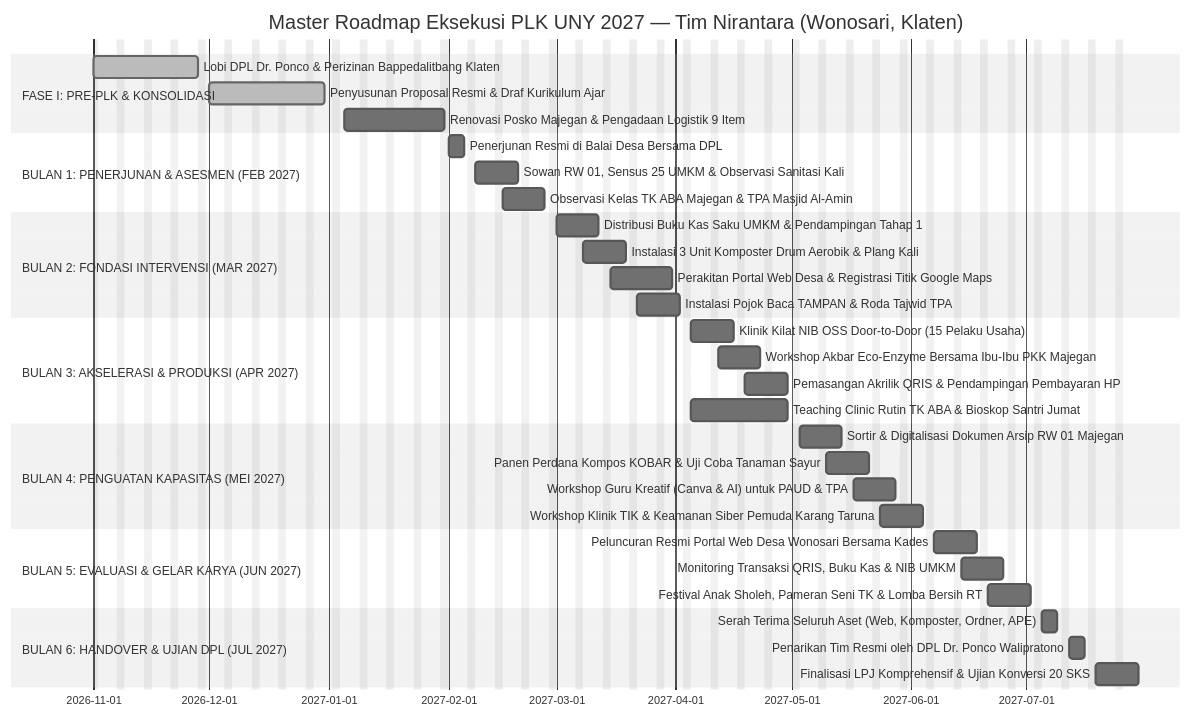
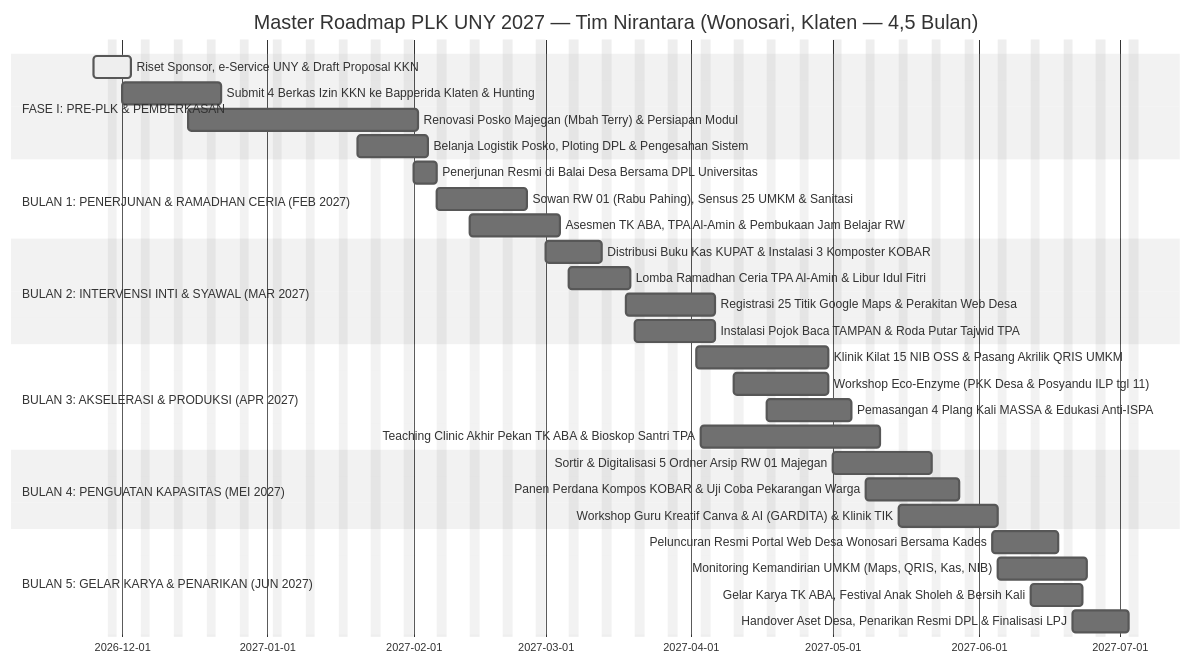
The diagram in Tim PLK/03 - Fase PLK/Matriks Analisis Ilmiah & Integrasi Proker.md (anothersunrisee/uny-plk), drawn with Mermaid (neutral theme) before and after one commit. The commit also changed other lines of this file and 5 other files, not shown here.

Commit message:
docs(fase-plk): refine proker & matriks proposal sesuai data survei, jadwal 4.5 bln, dan struktur tim per 25 Nov

````diff
--- a/Tim PLK/03 - Fase PLK/Matriks Analisis Ilmiah & Integrasi Proker.md
+++ b/Tim PLK/03 - Fase PLK/Matriks Analisis Ilmiah & Integrasi Proker.md
@@ -66,44 +76,40 @@
 ```mermaid
 gantt
-    title Master Roadmap Eksekusi PLK UNY 2027 — Tim Nirantara (Wonosari, Klaten)
+    title Master Roadmap PLK UNY 2027 — Tim Nirantara (Wonosari, Klaten — 4,5 Bulan)
     dateFormat  YYYY-MM-DD
     excludes    weekends
 
-    section FASE I: PRE-PLK & KONSOLIDASI
-    Lobi DPL Dr. Ponco & Perizinan Bappedalitbang Klaten    :done, 2026-11-01, 2026-11-28
-    Penyusunan Proposal Resmi & Draf Kurikulum Ajar         :done, 2026-12-01, 2026-12-31
-    Renovasi Posko Majegan & Pengadaan Logistik 9 Item      :2027-01-05, 2027-01-31
+    section FASE I: PRE-PLK & PEMBERKASAN
+    Riset Sponsor, e-Service UNY & Draft Proposal KKN       :active, 2026-11-25, 6d
+    Submit 4 Berkas Izin KKN ke Bapperida Klaten & Hunting  :2026-12-01, 15d
+    Renovasi Posko Majegan (Mbah Terry) & Persiapan Modul   :2026-12-15, 35d
+    Belanja Logistik Posko, Ploting DPL & Pengesahan Sistem:2027-01-20, 11d
 
-    section BULAN 1: PENERJUNAN & ASESMEN (FEB 2027)
-    Penerjunan Resmi di Balai Desa Bersama DPL              :2027-02-01, 2027-02-05
-    Sowan RW 01, Sensus 25 UMKM & Observasi Sanitasi Kali    :2027-02-08, 2027-02-19
-    Observasi Kelas TK ABA Majegan & TPA Masjid Al-Amin     :2027-02-15, 2027-02-26
+    section BULAN 1: PENERJUNAN & RAMADHAN CERIA (FEB 2027)
+    Penerjunan Resmi di Balai Desa Bersama DPL Universitas  :2027-02-01, 5d
+    Sowan RW 01 (Rabu Pahing), Sensus 25 UMKM & Sanitasi    :2027-02-06, 14d
+    Asesmen TK ABA, TPA Al-Amin & Pembukaan Jam Belajar RW  :2027-02-13, 14d
 
-    section BULAN 2: FONDASI INTERVENSI (MAR 2027)
-    Distribusi Buku Kas Saku UMKM & Pendampingan Tahap 1    :2027-03-01, 2027-03-12
-    Instalasi 3 Unit Komposter Drum Aerobik & Plang Kali    :2027-03-08, 2027-03-19
-    Perakitan Portal Web Desa & Registrasi Titik Google Maps:2027-03-15, 2027-03-31
-    Instalasi Pojok Baca TAMPAN & Roda Tajwid TPA           :2027-03-22, 2027-04-02
+    section BULAN 2: INTERVENSI INTI & SYAWAL (MAR 2027)
+    Distribusi Buku Kas KUPAT & Instalasi 3 Komposter KOBAR :2027-03-01, 10d
+    Lomba Ramadhan Ceria TPA Al-Amin & Libur Idul Fitri     :2027-03-06, 10d
+    Registrasi 25 Titik Google Maps & Perakitan Web Desa    :2027-03-18, 13d
+    Instalasi Pojok Baca TAMPAN & Roda Putar Tajwid TPA     :2027-03-20, 12d
 
     section BULAN 3: AKSELERASI & PRODUKSI (APR 2027)
-    Klinik Kilat NIB OSS Door-to-Door (15 Pelaku Usaha)     :2027-04-05, 2027-04-16
-    Workshop Akbar Eco-Enzyme Bersama Ibu-Ibu PKK Majegan   :2027-04-12, 2027-04-23
-    Pemasangan Akrilik QRIS & Pendampingan Pembayaran HP    :2027-04-19, 2027-04-30
-    Teaching Clinic Rutin TK ABA & Bioskop Santri Jumat     :2027-04-05, 2027-04-30
+    Klinik Kilat 15 NIB OSS & Pasang Akrilik QRIS UMKM      :2027-04-02, 20d
+    Workshop Eco-Enzyme (PKK Desa & Posyandu ILP tgl 11)    :2027-04-10, 15d
+    Pemasangan 4 Plang Kali MASSA & Edukasi Anti-ISPA       :2027-04-17, 13d
+    Teaching Clinic Akhir Pekan TK ABA & Bioskop Santri TPA :2027-04-03, 27d
 
     section BULAN 4: PENGUATAN KAPASITAS (MEI 2027)
-    Sortir & Digitalisasi Dokumen Arsip RW 01 Majegan       :2027-05-03, 2027-05-14
-    Panen Perdana Kompos KOBAR & Uji Coba Tanaman Sayur     :2027-05-10, 2027-05-21
-    Workshop Guru Kreatif (Canva & AI) untuk PAUD & TPA     :2027-05-17, 2027-05-28
-    Workshop Klinik TIK & Keamanan Siber Pemuda Karang Taruna:2027-05-24, 2027-06-04
+    Sortir & Digitalisasi 5 Ordner Arsip RW 01 Majegan      :2027-05-01, 16d
+    Panen Perdana Kompos KOBAR & Uji Coba Pekarangan Warga  :2027-05-08, 15d
+    Workshop Guru Kreatif Canva & AI (GARDITA) & Klinik TIK :2027-05-15, 16d
 
-    section BULAN 5: EVALUASI & GELAR KARYA (JUN 2027)
-    Peluncuran Resmi Portal Web Desa Wonosari Bersama Kades :2027-06-07, 2027-06-18
-    Monitoring Transaksi QRIS, Buku Kas & NIB UMKM          :2027-06-14, 2027-06-25
-    Festival Anak Sholeh, Pameran Seni TK & Lomba Bersih RT :2027-06-21, 2027-07-02
-
-    section BULAN 6: HANDOVER & UJIAN DPL (JUL 2027)
-    Serah Terima Seluruh Aset (Web, Komposter, Ordner, APE) :2027-07-05, 2027-07-09
-    Penarikan Tim Resmi oleh DPL Dr. Ponco Walipratono      :2027-07-12, 2027-07-16
-    Finalisasi LPJ Komprehensif & Ujian Konversi 20 SKS     :2027-07-19, 2027-07-30
+    section BULAN 5: GELAR KARYA & PENARIKAN (JUN 2027)
+    Peluncuran Resmi Portal Web Desa Wonosari Bersama Kades :2027-06-04, 10d
+    Monitoring Kemandirian UMKM (Maps, QRIS, Kas, NIB)      :2027-06-05, 14d
+    Gelar Karya TK ABA, Festival Anak Sholeh & Bersih Kali  :2027-06-12, 8d
+    Handover Aset Desa, Penarikan Resmi DPL & Finalisasi LPJ:2027-06-21, 10d
 ```
````
